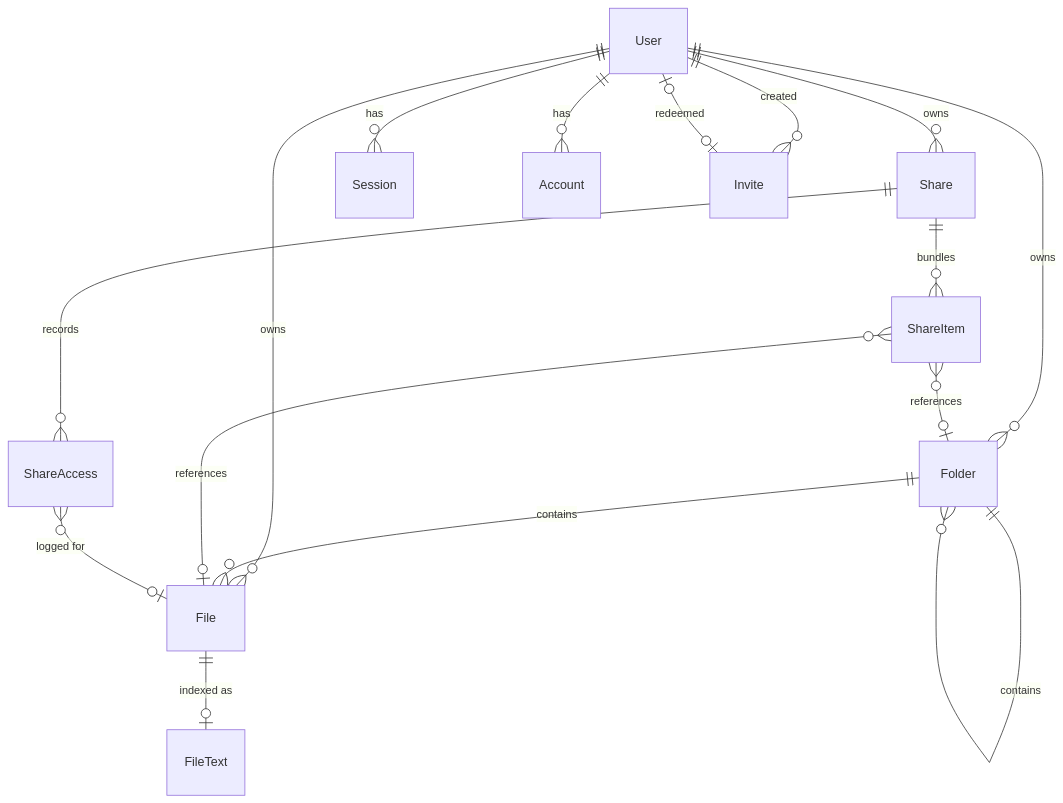
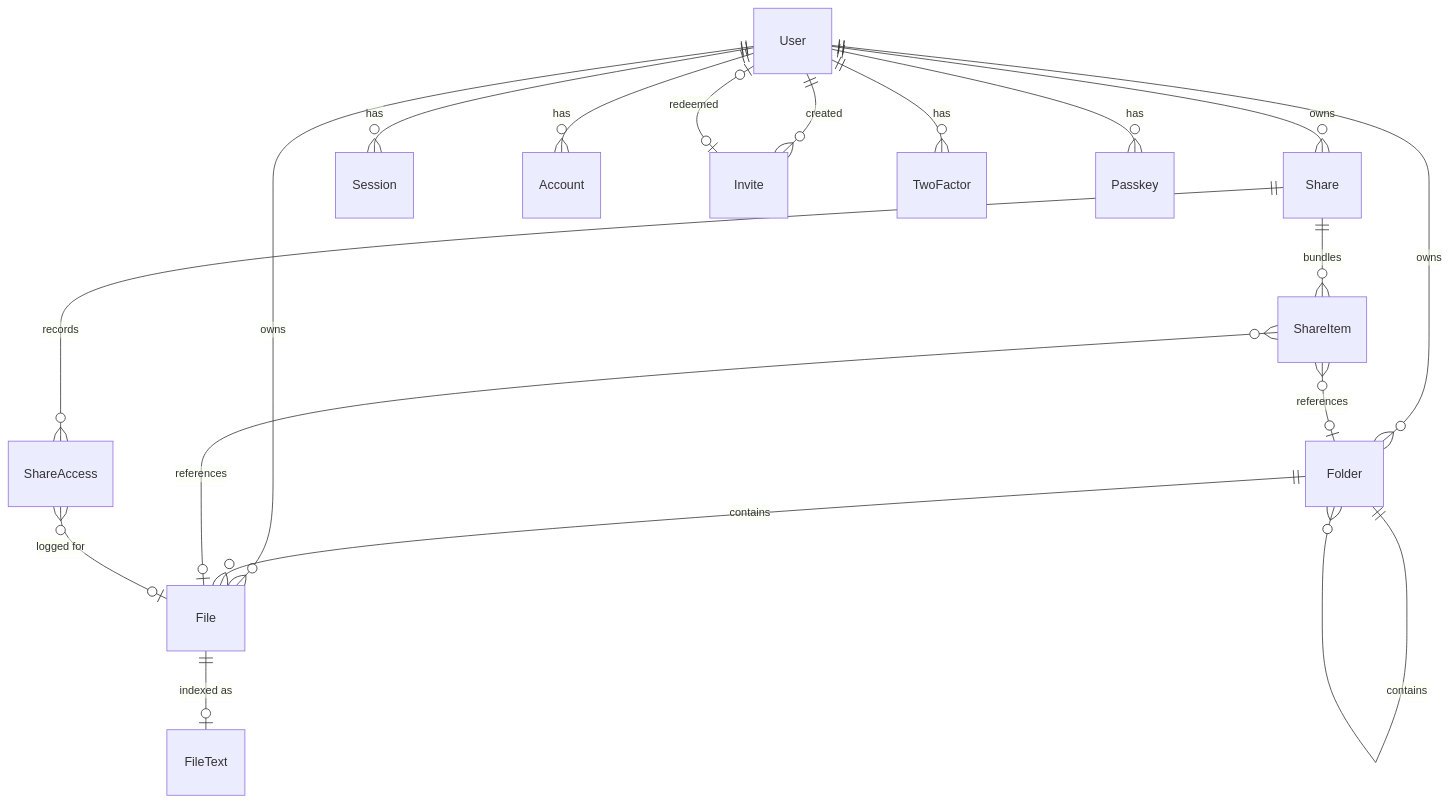
The diagram in docs/database.md (WickedSoftworks/borealis), drawn with Mermaid before and after one commit. The commit also changed other lines of this file, not shown here.

````diff
--- a/docs/database.md
+++ b/docs/database.md
@@ -91,22 +91,24 @@
 ```mermaid
 erDiagram
     User ||--o{ File : owns
     User ||--o{ Folder : owns
     User ||--o{ Share : owns
     User ||--o{ Session : has
     User ||--o{ Account : has
     User ||--o{ Invite : created
     User |o--o| Invite : redeemed
+    User ||--o{ TwoFactor : has
+    User ||--o{ Passkey : has
 
     Folder ||--o{ Folder : contains
     Folder ||--o{ File : contains
 
     Share ||--o{ ShareItem : bundles
     ShareItem }o--o| File : references
     ShareItem }o--o| Folder : references
 
     Share ||--o{ ShareAccess : records
     ShareAccess }o--o| File : "logged for"
 
     File ||--o| FileText : "indexed as"
 ```
````
